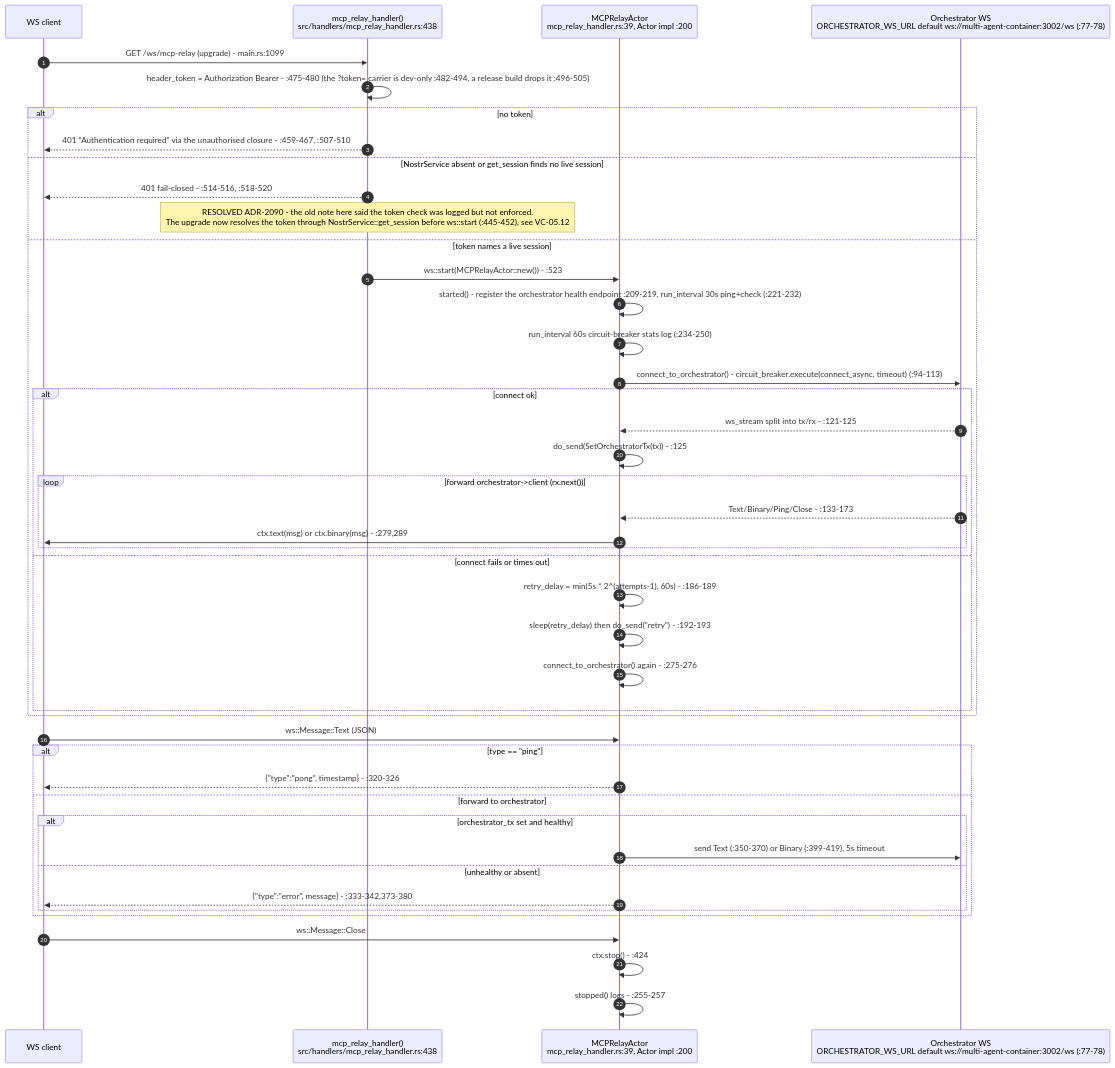
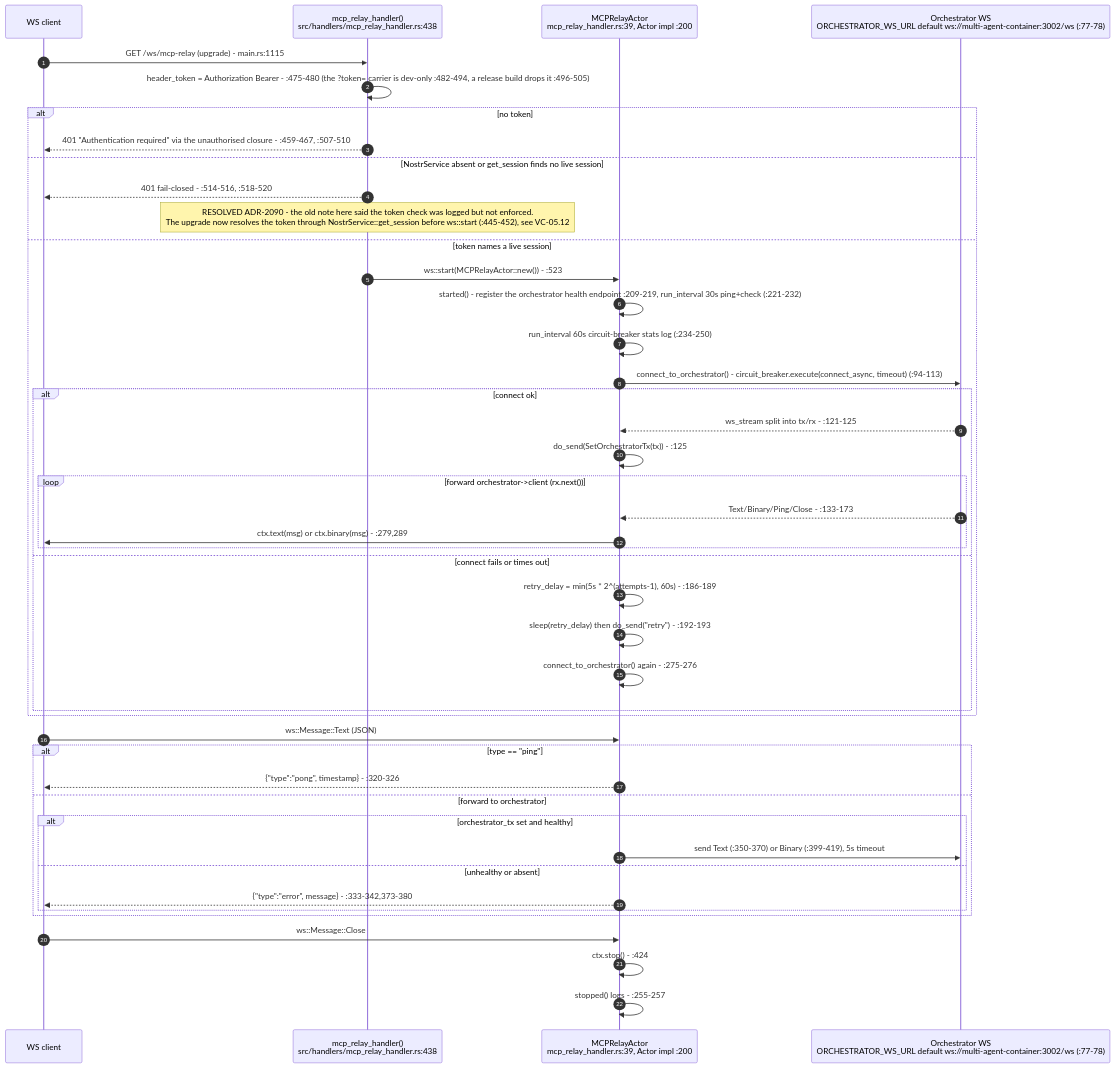
Before and after one commit to DreamLab-AI/VisionFlow: the third of 11 diagrams in docs/diagrams/visionclaw/27-agent-integration-mcp-relay.md, drawn with Mermaid. The commit also changed other lines of this file and 160 other files, not shown here.

````diff
--- a/docs/diagrams/visionclaw/27-agent-integration-mcp-relay.md
+++ b/docs/diagrams/visionclaw/27-agent-integration-mcp-relay.md
@@ -117,47 +119,47 @@
 ```mermaid
 sequenceDiagram
     autonumber
     participant Client as WS client
     participant H as mcp_relay_handler()<br/>src/handlers/mcp_relay_handler.rs:438
     participant A as MCPRelayActor<br/>mcp_relay_handler.rs:39, Actor impl :200
     participant O as Orchestrator WS<br/>ORCHESTRATOR_WS_URL default ws://multi-agent-container:3002/ws (:77-78)
 
-    Client->>H: GET /ws/mcp-relay (upgrade) - main.rs:1099
+    Client->>H: GET /ws/mcp-relay (upgrade) - main.rs:1115
     H->>H: header_token = Authorization Bearer - :475-480 (the ?token= carrier is dev-only :482-494, a release build drops it :496-505)
     alt no token
         H-->>Client: 401 "Authentication required" via the unauthorised closure - :459-467, :507-510
     else NostrService absent or get_session finds no live session
         H-->>Client: 401 fail-closed - :514-516, :518-520
         Note over H: RESOLVED ADR-2090 - the old note here said the token check was logged but not enforced.<br/>The upgrade now resolves the token through NostrService::get_session before ws::start (:445-452), see VC-05.12
     else token names a live session
         H->>A: ws::start(MCPRelayActor::new()) - :523
         A->>A: started() - register the orchestrator health endpoint :209-219, run_interval 30s ping+check (:221-232)
         A->>A: run_interval 60s circuit-breaker stats log (:234-250)
         A->>O: connect_to_orchestrator() - circuit_breaker.execute(connect_async, timeout) (:94-113)
         alt connect ok
             O-->>A: ws_stream split into tx/rx - :121-125
             A->>A: do_send(SetOrchestratorTx(tx)) - :125
             loop forward orchestrator->client (rx.next())
                 O-->>A: Text/Binary/Ping/Close - :133-173
                 A->>Client: ctx.text(msg) or ctx.binary(msg) - :279,289
             end
         else connect fails or times out
             A->>A: retry_delay = min(5s * 2^(attempts-1), 60s) - :186-189
             A->>A: sleep(retry_delay) then do_send("retry") - :192-193
             A->>A: connect_to_orchestrator() again - :275-276
         end
     end
     Client->>A: ws::Message::Text (JSON)
     alt type == "ping"
         A-->>Client: {"type":"pong", timestamp} - :320-326
     else forward to orchestrator
         alt orchestrator_tx set and healthy
             A->>O: send Text (:350-370) or Binary (:399-419), 5s timeout
         else unhealthy or absent
             A-->>Client: {"type":"error", message} - :333-342,373-380
         end
     end
     Client->>A: ws::Message::Close
     A->>A: ctx.stop() - :424
     A->>A: stopped() logs - :255-257
 ```
````
